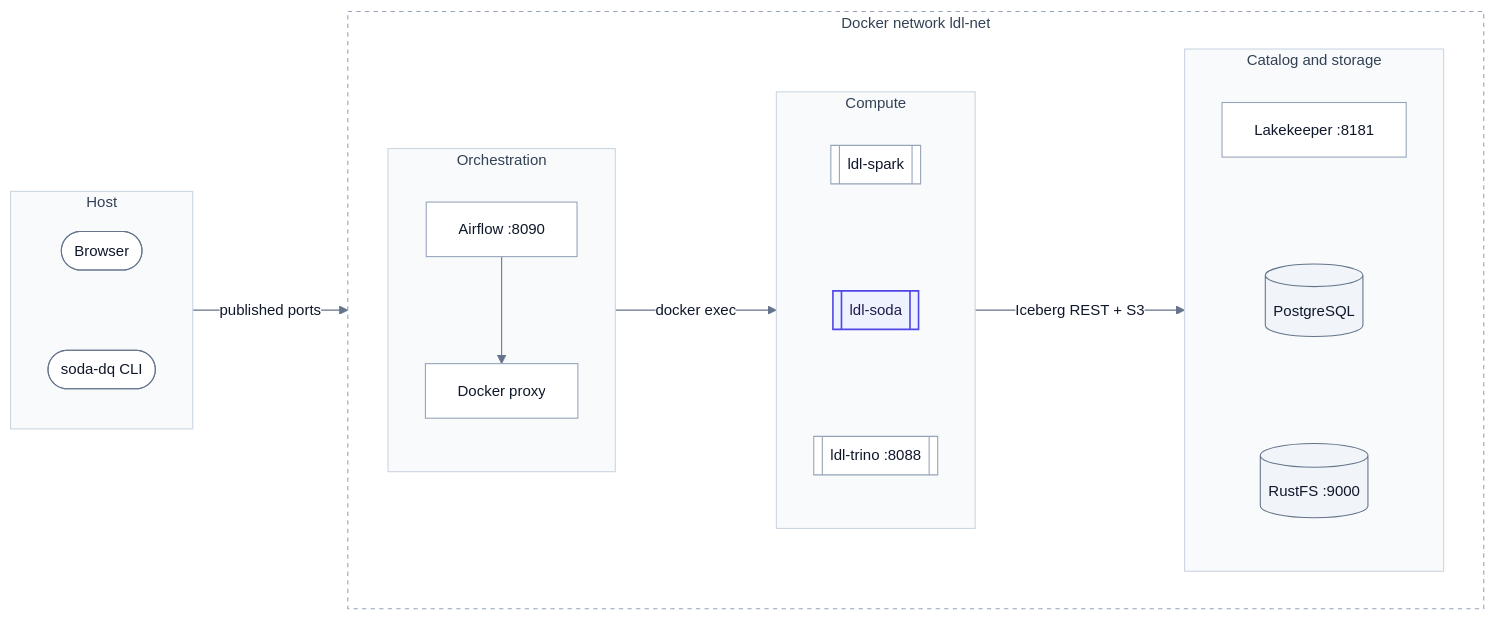
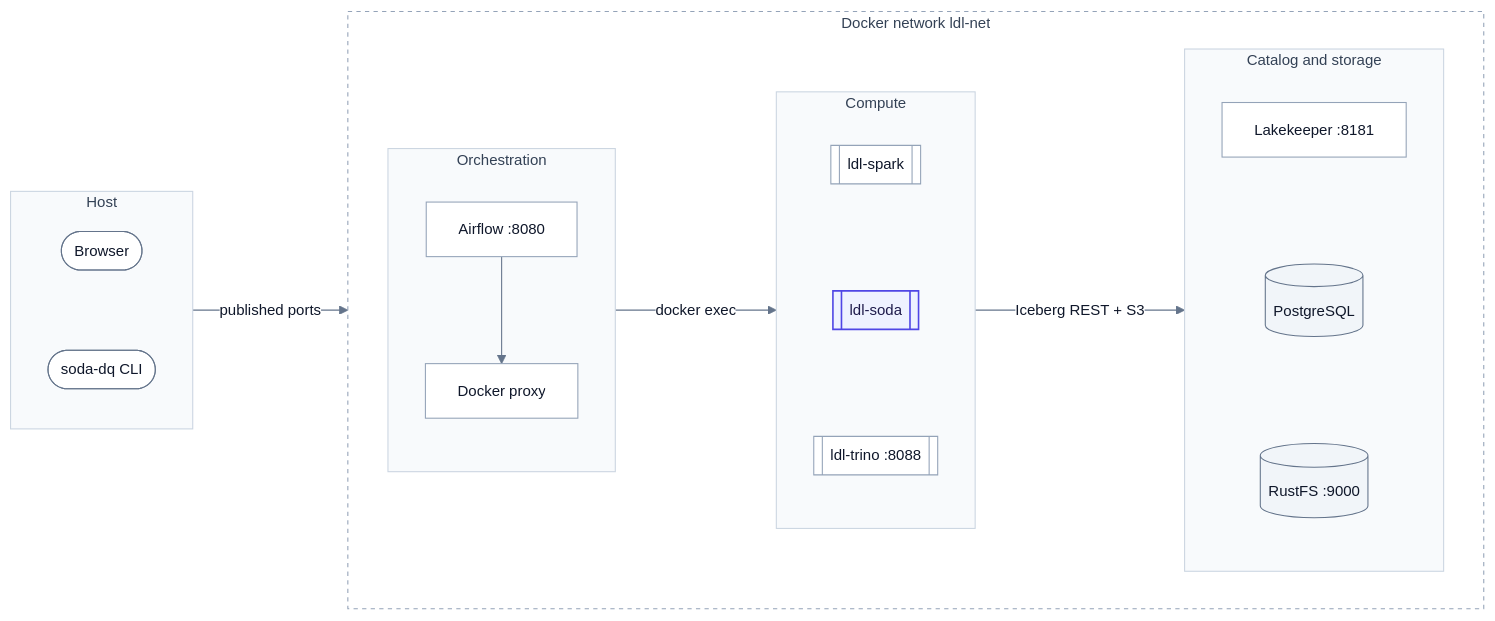
One commit to santoshshinde2012/lakehouse-quality-gates changed the diagram in docs/architecture/deployment.md. Above: the diagram before and after it, drawn with Mermaid. The commit also changed other lines of this file and 48 other files, not shown here.

````diff
--- a/docs/architecture/deployment.md
+++ b/docs/architecture/deployment.md
@@ -12,51 +12,51 @@
 ```mermaid
 %%{init: {'theme':'base','themeVariables':{'fontFamily':'Inter, system-ui, -apple-system, Segoe UI, Helvetica, Arial, sans-serif','fontSize':'14px','primaryColor':'#ffffff','primaryTextColor':'#0f172a','primaryBorderColor':'#94a3b8','secondaryColor':'#f8fafc','tertiaryColor':'#f8fafc','lineColor':'#64748b','textColor':'#0f172a','clusterBkg':'#f8fafc','clusterBorder':'#cbd5e1','titleColor':'#334155','edgeLabelBackground':'#ffffff','noteBkgColor':'#f8fafc','noteTextColor':'#0f172a','noteBorderColor':'#cbd5e1','actorBkg':'#ffffff','actorBorder':'#94a3b8','actorTextColor':'#0f172a','actorLineColor':'#94a3b8','signalColor':'#475569','signalTextColor':'#0f172a','labelBoxBkgColor':'#f8fafc','labelBoxBorderColor':'#94a3b8','labelTextColor':'#0f172a','loopTextColor':'#0f172a','activationBkgColor':'#eef2ff','activationBorderColor':'#4f46e5','sequenceNumberColor':'#ffffff','classText':'#0f172a','xyChart':{'backgroundColor':'#ffffff','plotColorPalette':'#4f46e5, #d97706, #0d9488','titleColor':'#0f172a','xAxisLabelColor':'#334155','yAxisLabelColor':'#334155','xAxisLineColor':'#94a3b8','yAxisLineColor':'#94a3b8'}}}}%%
 %% Title: Deployment on Docker network ldl-net
 %% Purpose: Containers, ports and how they talk to each other
 %% Last updated: 2026-10-13
 %% Theme: docs/diagrams/THEME.md (shared init line above). Edit here, then run: make diagrams
 flowchart LR
   subgraph HOST["Host"]
     direction TB
     BRW(["Browser"]):::actor
     CLI(["soda-dq CLI"]):::actor
     BRW ~~~ CLI
   end
   subgraph NET["Docker network ldl-net"]
     direction LR
     subgraph ORCH["Orchestration"]
       direction TB
-      AF["Airflow :8090"]:::node
+      AF["Airflow :8080"]:::node
       PX["Docker proxy"]:::node
       AF --> PX
     end
     subgraph RUN["Compute"]
       direction TB
       SP[["ldl-spark"]]:::node
       SO[["ldl-soda"]]:::ours
       TR[["ldl-trino :8088"]]:::node
       SP ~~~ SO ~~~ TR
     end
     subgraph STORE["Catalog and storage"]
       direction TB
       LK["Lakekeeper :8181"]:::node
       PG[("PostgreSQL")]:::store
       OS[("RustFS :9000")]:::store
       LK ~~~ PG ~~~ OS
     end
     ORCH -->|docker exec| RUN
     RUN -->|Iceberg REST + S3| STORE
   end
   HOST -->|published ports| NET
   classDef node fill:#ffffff,stroke:#94a3b8,stroke-width:1px,color:#0f172a
   classDef store fill:#f1f5f9,stroke:#64748b,stroke-width:1px,color:#0f172a
   classDef ours fill:#eef2ff,stroke:#4f46e5,stroke-width:1.5px,color:#1e1b4b
   classDef actor fill:#ffffff,stroke:#64748b,stroke-width:1px,color:#0f172a
   classDef blocked fill:#fef2f2,stroke:#dc2626,stroke-width:1.5px,color:#7f1d1d
   classDef pass fill:#f0fdf4,stroke:#16a34a,stroke-width:1.5px,color:#14532d
   style HOST fill:#f8fafc,stroke:#cbd5e1,stroke-width:1px,color:#334155
   style NET fill:#ffffff,stroke:#94a3b8,stroke-width:1px,stroke-dasharray:4 4,color:#334155
   style ORCH fill:#f8fafc,stroke:#cbd5e1,stroke-width:1px,color:#334155
   style RUN fill:#f8fafc,stroke:#cbd5e1,stroke-width:1px,color:#334155
   style STORE fill:#f8fafc,stroke:#cbd5e1,stroke-width:1px,color:#334155
 ```
````
